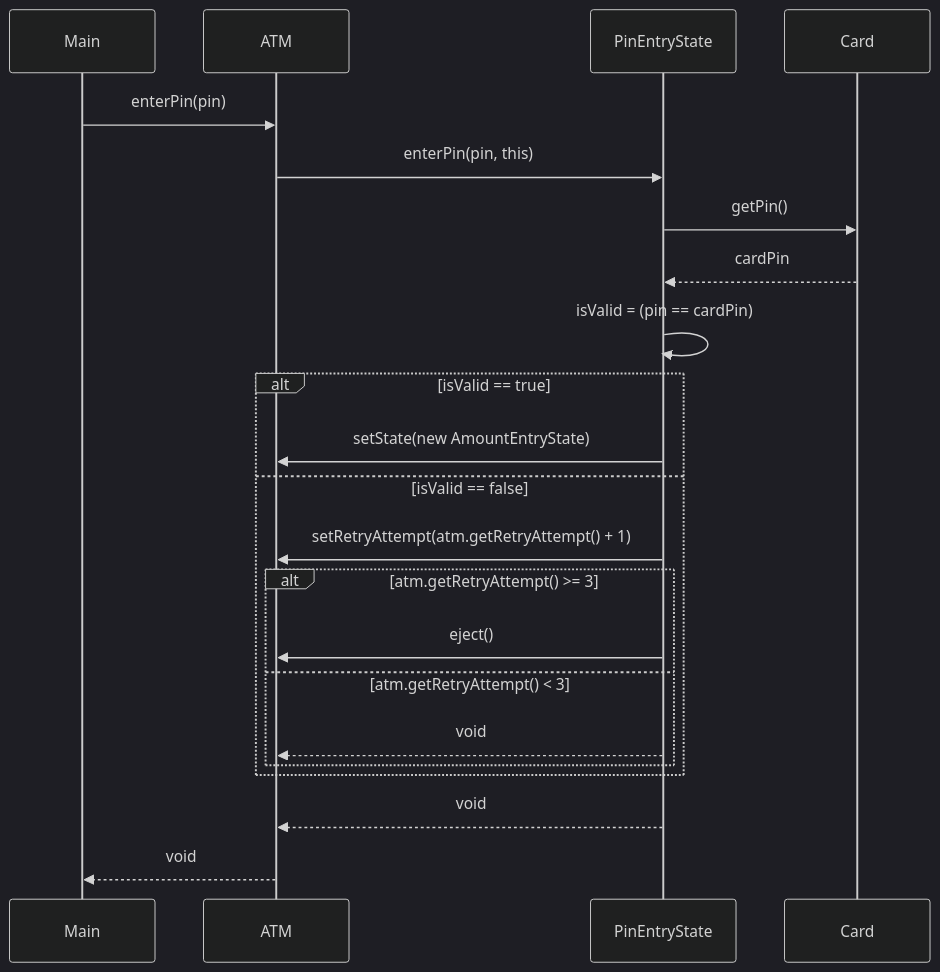
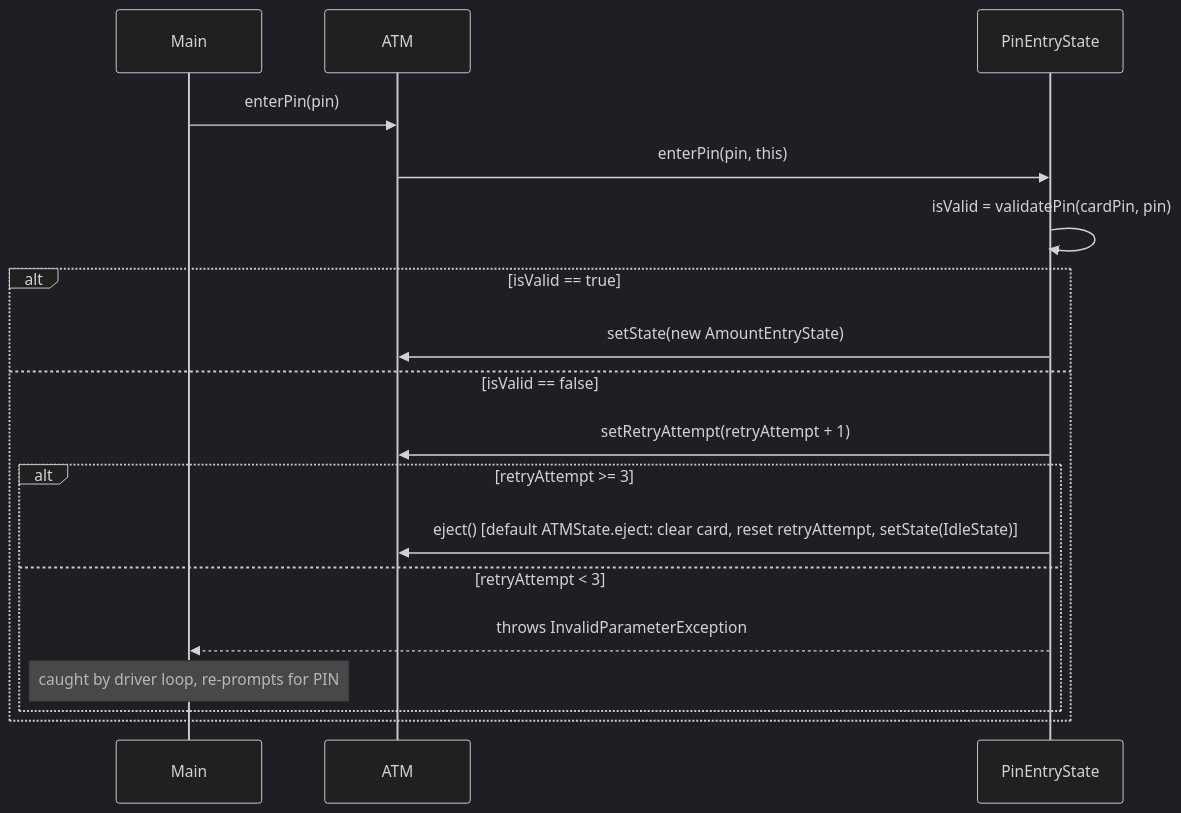
The third of 4 diagrams in src/main/java/com/lld/problems/atm/notes/notes.md (Anuj-Gupta79/lld-mastery), drawn with Mermaid (dark theme) before and after one commit. The commit also changed other lines of this file and 19 other files, not shown here.

Commit message:
Problem: ATM machine - state pattern, driver owned retry looped

````diff
--- a/src/main/java/com/lld/problems/atm/notes/notes.md
+++ b/src/main/java/com/lld/problems/atm/notes/notes.md
@@ -184,27 +218,22 @@
 ```mermaid
 sequenceDiagram
     participant Main
     participant ATM
     participant PinEntryState
-    participant Card
 
     Main->>ATM: enterPin(pin)
     ATM->>PinEntryState: enterPin(pin, this)
-    PinEntryState->>Card: getPin()
-    Card-->>PinEntryState: cardPin
-    PinEntryState->>PinEntryState: isValid = (pin == cardPin)
+    PinEntryState->>PinEntryState: isValid = validatePin(cardPin, pin)
 
     alt isValid == true
         PinEntryState->>ATM: setState(new AmountEntryState)
     else isValid == false
-        PinEntryState->>ATM: setRetryAttempt(atm.getRetryAttempt() + 1)
-        alt atm.getRetryAttempt() >= 3
-            PinEntryState->>ATM: eject()
-        else atm.getRetryAttempt() < 3
-            PinEntryState-->>ATM: void
+        PinEntryState->>ATM: setRetryAttempt(retryAttempt + 1)
+        alt retryAttempt >= 3
+            PinEntryState->>ATM: eject() [default ATMState.eject: clear card, reset retryAttempt, setState(IdleState)]
+        else retryAttempt < 3
+            PinEntryState-->>Main: throws InvalidParameterException
+            Note over Main: caught by driver loop, re-prompts for PIN
         end
     end
-
-    PinEntryState-->>ATM: void
-    ATM-->>Main: void
 ```
````
